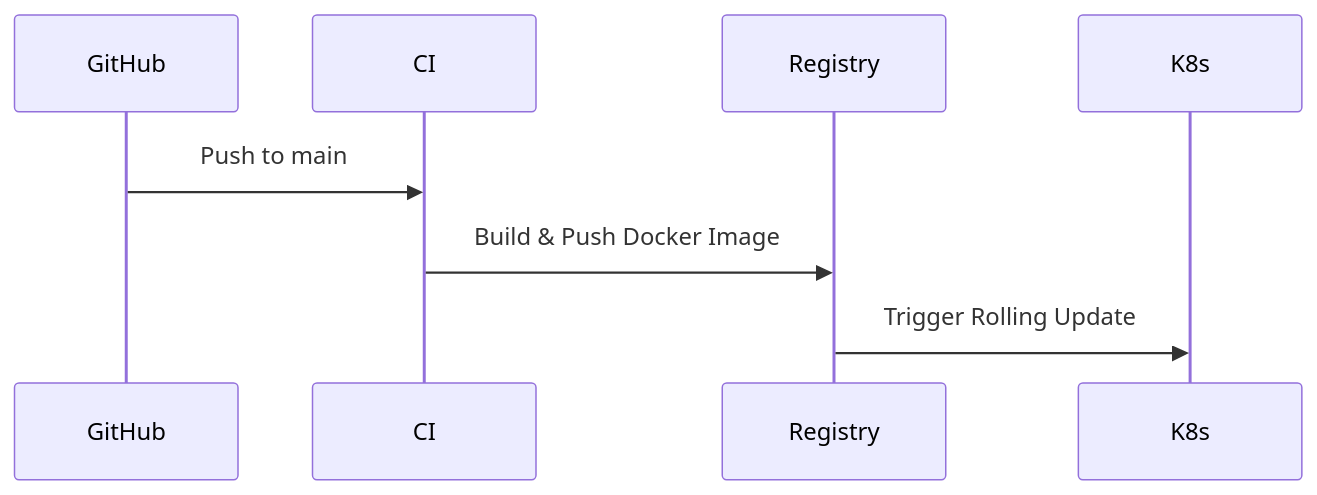
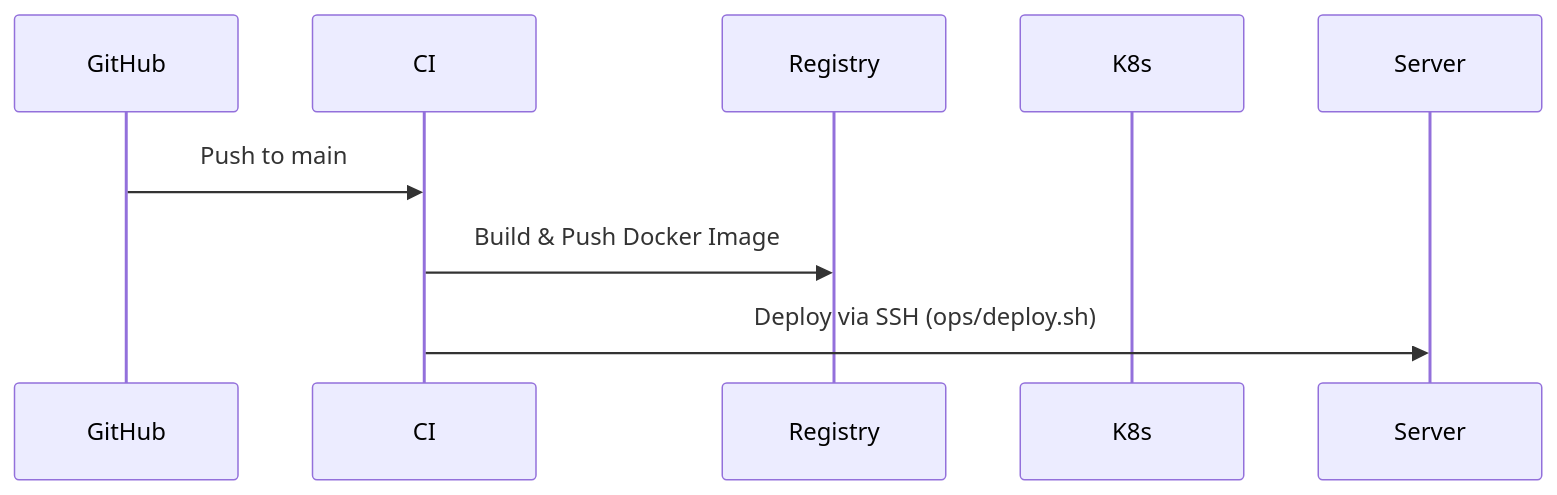
Before and after one commit to EL-STRIX/Finzo: the diagram in docs/01-Architecture/09-Deployment/README.md, drawn with Mermaid. The commit also changed other lines of this file and 217 other files, not shown here.

First line of the commit message:
docs(Architecture): Phase 4 Technical Validation and Enterprise Quality Audit

````diff
--- a/docs/01-Architecture/09-Deployment/README.md
+++ b/docs/01-Architecture/09-Deployment/README.md
@@ -38,10 +38,10 @@
 ```mermaid
 sequenceDiagram
     participant GitHub
     participant CI
     participant Registry
     participant K8s
     GitHub->>CI: Push to main
     CI->>Registry: Build & Push Docker Image
-    Registry->>K8s: Trigger Rolling Update
+    CI->>Server: Deploy via SSH (ops/deploy.sh)
 ```
````
